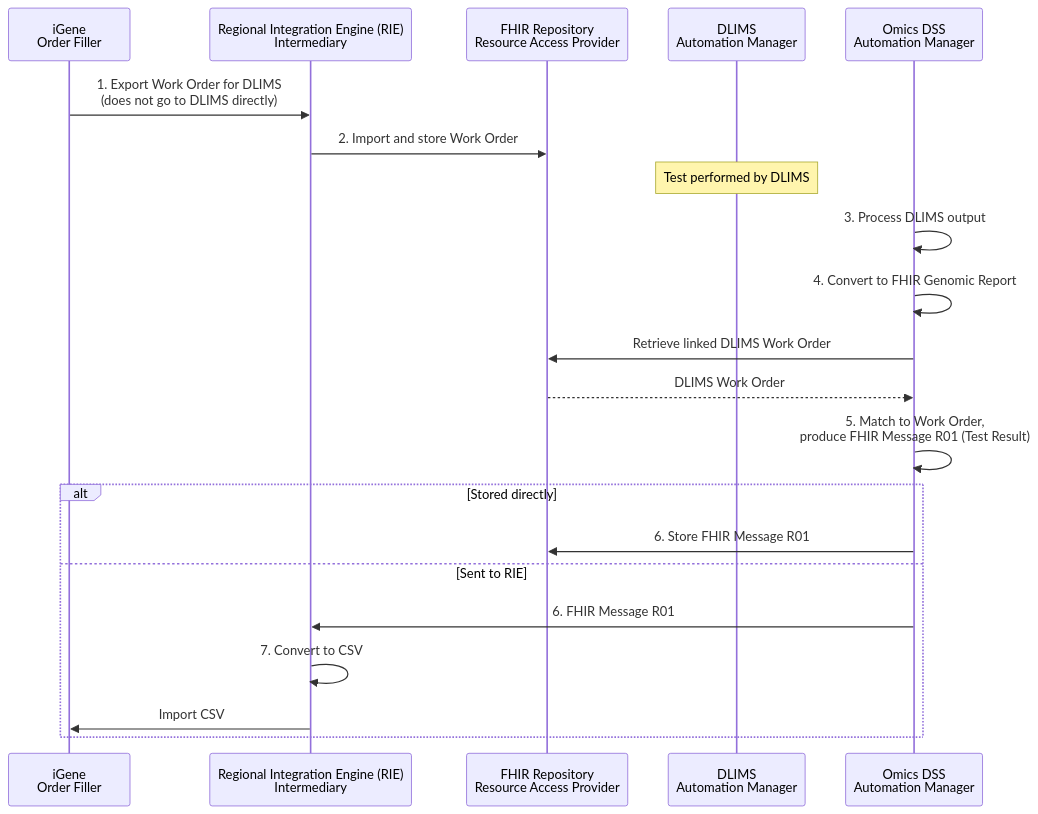
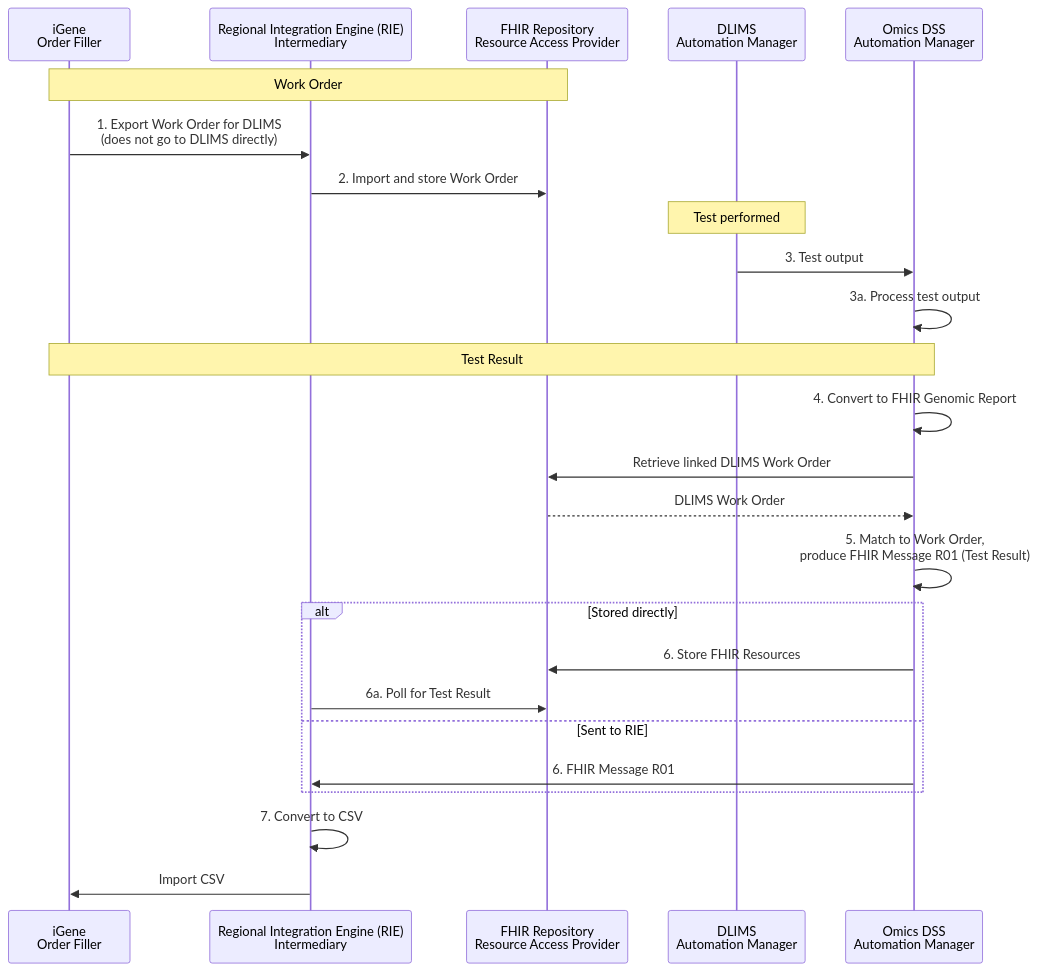
Before and after one commit to nw-gmsa/nw-gmsa.github.com: the third of 4 diagrams in input/pagecontent/reportable-variants.md, drawn with Mermaid.

Commit message:
Label Work Order/Test Result stages in the process sequence diagram
Also adds the explicit DLIMS -> Omics DSS test output step, and fixes the
"stored directly" branch so it still reaches CSV conversion via the RIE
polling the FHIR Repository, matching the "sent to RIE" branch.

Claude-Session: https://claude.ai/code/session_01HrKffi9wcZgtGxsrNfERaB

````diff
--- a/input/pagecontent/reportable-variants.md
+++ b/input/pagecontent/reportable-variants.md
@@ -113,24 +113,29 @@
 ```mermaid
 sequenceDiagram
     participant iGene as iGene<br/>Order Filler
     participant RIE as Regional Integration Engine (RIE)<br/>Intermediary
     participant FHIRRepo as FHIR Repository<br/>Resource Access Provider
     participant DLIMS as DLIMS<br/>Automation Manager
     participant DSS as Omics DSS<br/>Automation Manager
 
+    note over iGene, FHIRRepo: Work Order
     iGene ->> RIE: 1. Export Work Order for DLIMS<br/>(does not go to DLIMS directly)
     RIE ->> FHIRRepo: 2. Import and store Work Order
-    Note over DLIMS: Test performed by DLIMS
-    DSS ->> DSS: 3. Process DLIMS output
+    Note over DLIMS: Test performed
+    DLIMS ->> DSS: 3. Test output
+    DSS ->> DSS: 3a. Process test output
+    Note over iGene,DSS: Test Result
     DSS ->> DSS: 4. Convert to FHIR Genomic Report
     DSS ->> FHIRRepo: Retrieve linked DLIMS Work Order
     FHIRRepo -->> DSS: DLIMS Work Order
     DSS ->> DSS: 5. Match to Work Order,<br/>produce FHIR Message R01 (Test Result)
     alt Stored directly
-        DSS ->> FHIRRepo: 6. Store FHIR Message R01
+        DSS ->> FHIRRepo: 6. Store FHIR Resources
+        RIE ->> FHIRRepo: 6a. Poll for Test Result
     else Sent to RIE
         DSS ->> RIE: 6. FHIR Message R01
-        RIE ->> RIE: 7. Convert to CSV
-        RIE ->> iGene: Import CSV
-    end
+    end    
+    RIE ->> RIE: 7. Convert to CSV
+    RIE ->> iGene: Import CSV
+
 ```
````
